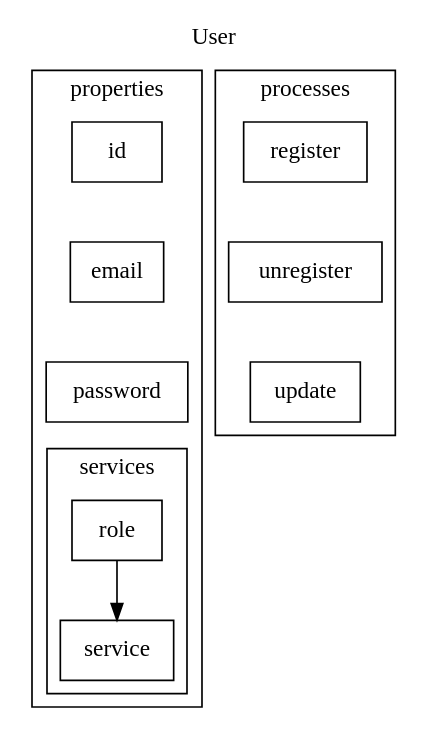
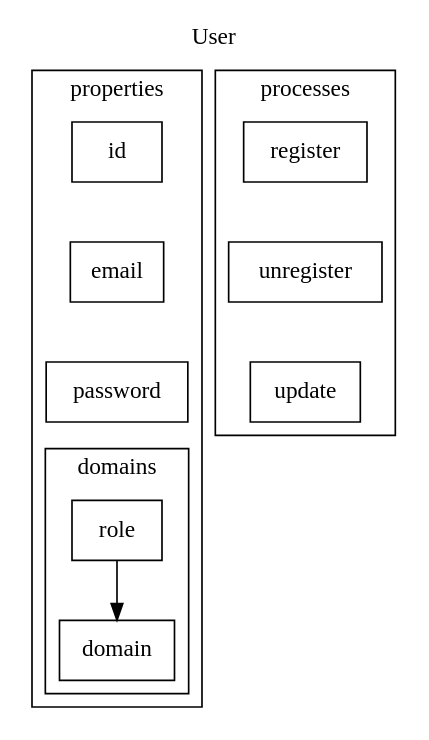
One commit to emerson-argueta/postgres-react-golang-template changed the diagram in design/models/identity/user.dot. Above: the diagram before and after it, drawn with Graphviz. The commit also changed 1 other file, not shown here.

Commit message:
changed name of model service to domain

```diff
--- a/design/models/identity/user.dot
+++ b/design/models/identity/user.dot
@@ -1,29 +1,29 @@
 digraph user{
     labelloc=t
     label="User"
     subgraph cluster_properties{
         label="properties"
         id[shape=rectangle]
         email[shape=rectangle]
         password[shape=rectangle]
-        subgraph cluster_services{
-            label="services"
-            service[shape=rectangle]
+        subgraph cluster_domains{
+            label="domains"
+            domain[shape=rectangle]
             role[shape=rectangle]
 
-            role->service
+            role->domain
         }
 
         id->email->password->role[style=invis]
     }
     subgraph cluster_processes{
         label="processes"
         register[shape=rectangle]
         unregister[shape=rectangle]
         update[shape=rectangle]
 
         register->
         unregister->
         update[style=invis]
     }
 }
```
